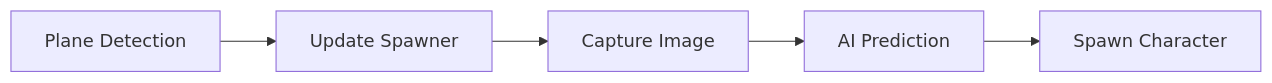
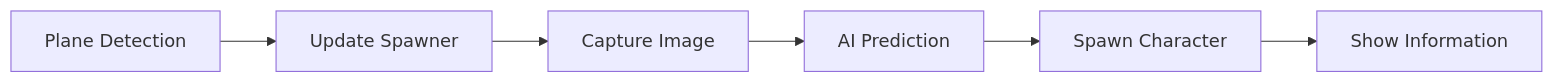
Before and after one commit to JK-remi/AR-Animal-Recognition: the third of 3 diagrams in README.md, drawn with Mermaid. The commit also changed other lines of this file, not shown here.

````diff
--- a/README.md
+++ b/README.md
@@ -199,13 +199,10 @@
 ```mermaid
 flowchart LR
 
 A[Plane Detection]
-
---> B[Update Spawner]
-
---> C[Capture Image]
-
---> D[AI Prediction]
-
---> E[Spawn Character]
+    --> B[Update Spawner]
+    --> C[Capture Image]
+    --> D[AI Prediction]
+    --> E[Spawn Character]
+    --> F[Show Information]
 ```
````
